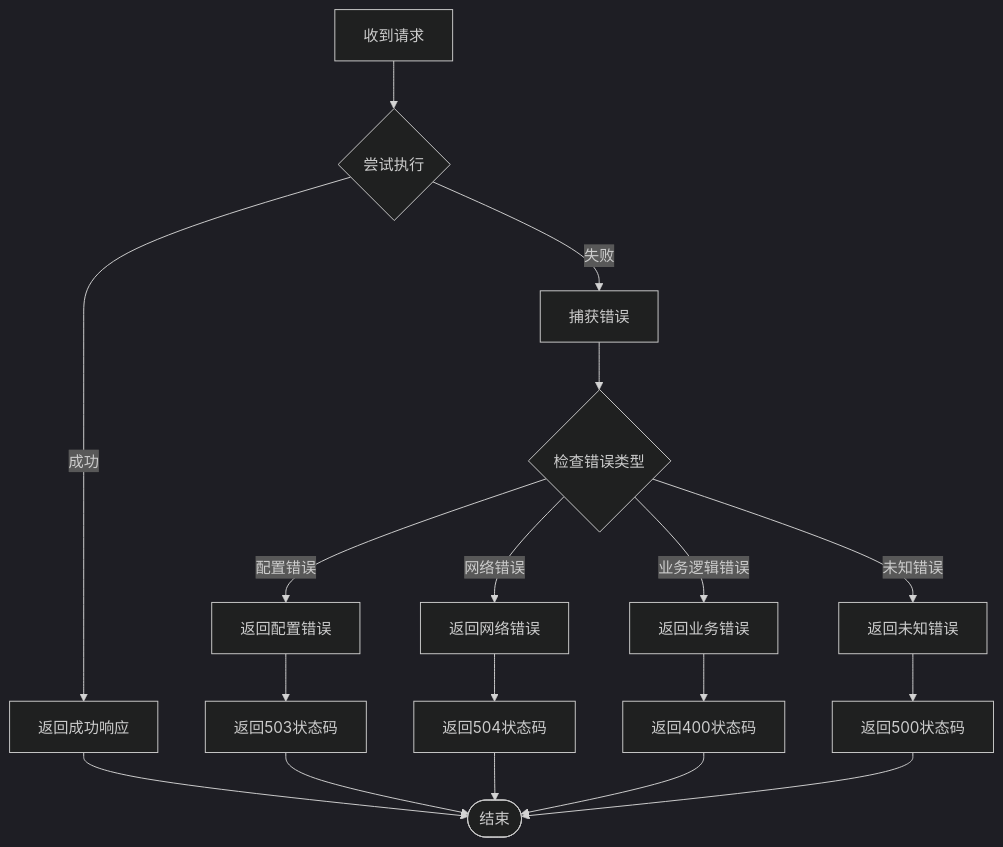
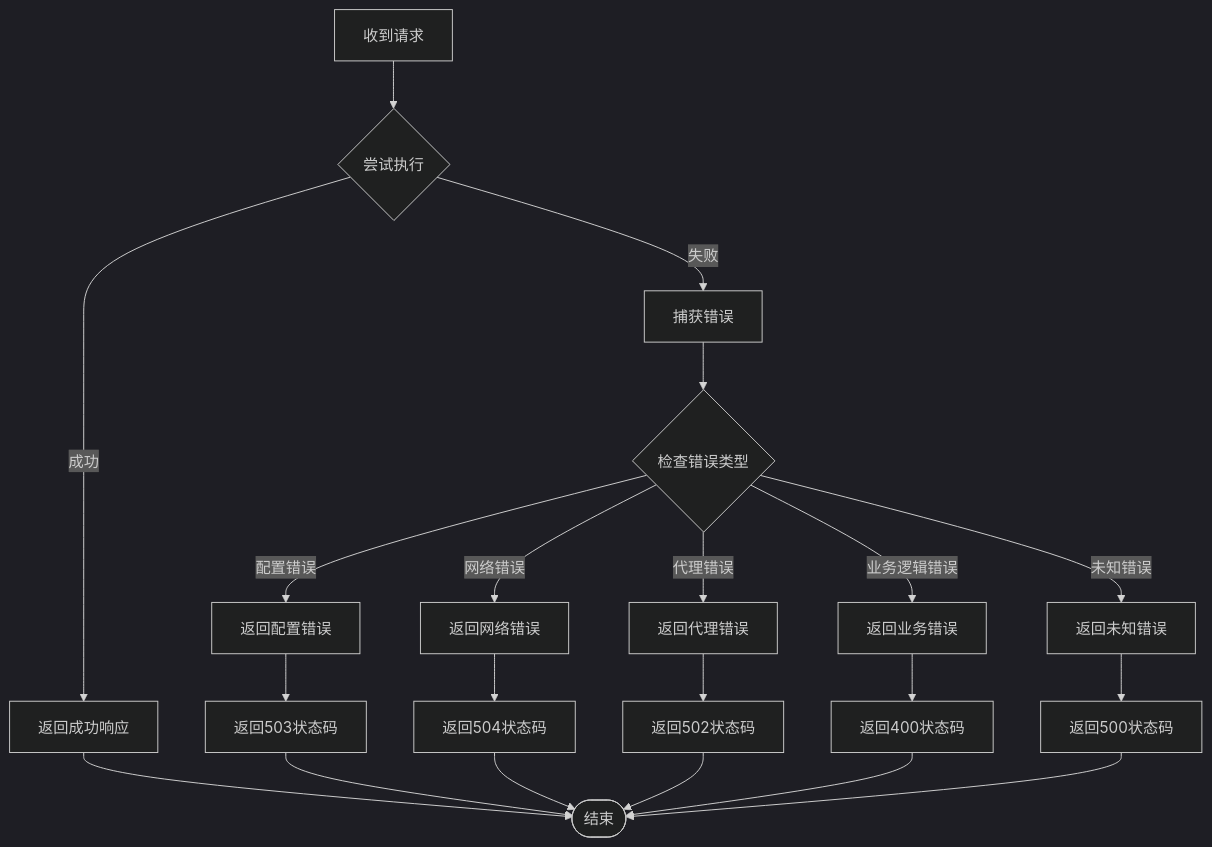
Before and after one commit to CryptoLinxu/Web3-AI-Agent: the tenth of 10 diagrams in .qoder/repowiki/zh/content/项目概述/整体架构概览/AI提供程序集成.md, drawn with Mermaid (dark theme). The commit also changed other lines of this file and 6 other files, not shown here.

````diff
--- a/.qoder/repowiki/zh/content/项目概述/整体架构概览/AI提供程序集成.md
+++ b/.qoder/repowiki/zh/content/项目概述/整体架构概览/AI提供程序集成.md
@@ -495,20 +578,23 @@
 ```mermaid
 flowchart TD
 Request[收到请求] --> TryExecute{尝试执行}
 TryExecute --> |成功| Success[返回成功响应]
 TryExecute --> |失败| CatchError[捕获错误]
 CatchError --> CheckType{检查错误类型}
 CheckType --> |配置错误| ConfigError[返回配置错误]
 CheckType --> |网络错误| NetworkError[返回网络错误]
+CheckType --> |代理错误| ProxyError[返回代理错误]
 CheckType --> |业务逻辑错误| BusinessError[返回业务错误]
 CheckType --> |未知错误| UnknownError[返回未知错误]
 ConfigError --> ReturnConfigError[返回503状态码]
 NetworkError --> ReturnNetworkError[返回504状态码]
+ProxyError --> ReturnProxyError[返回502状态码]
 BusinessError --> ReturnBusinessError[返回400状态码]
 UnknownError --> ReturnUnknownError[返回500状态码]
 Success --> End([结束])
 ReturnConfigError --> End
 ReturnNetworkError --> End
+ReturnProxyError --> End
 ReturnBusinessError --> End
 ReturnUnknownError --> End
 ```
````
